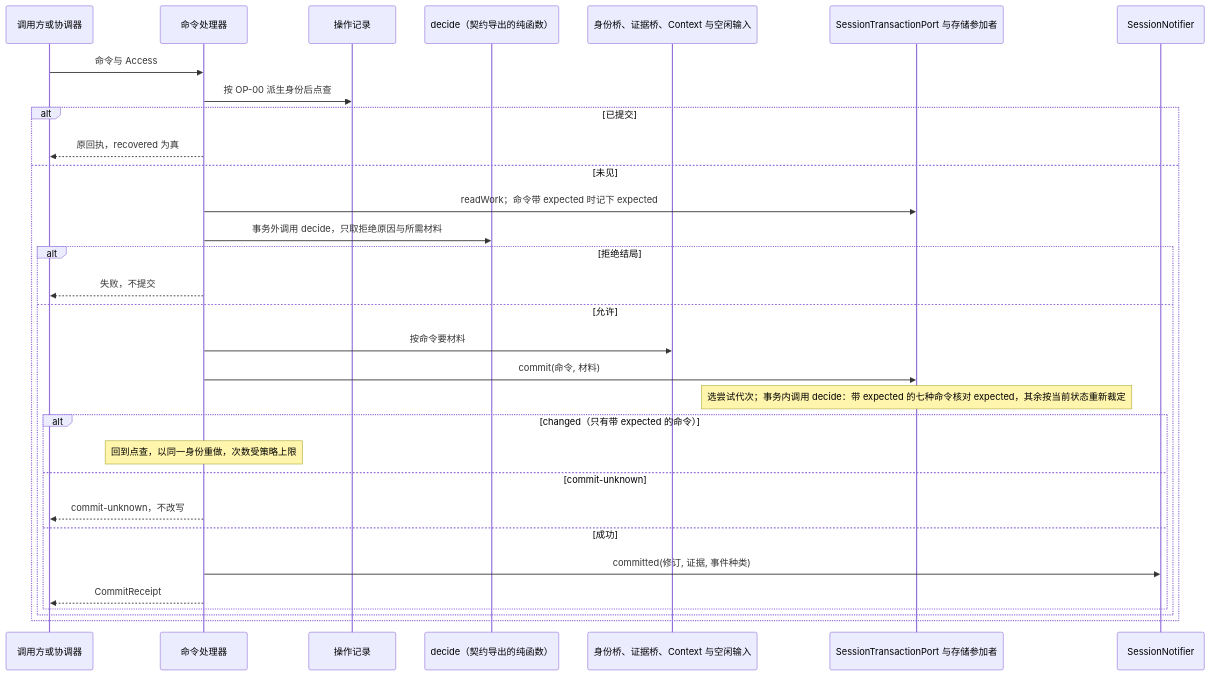
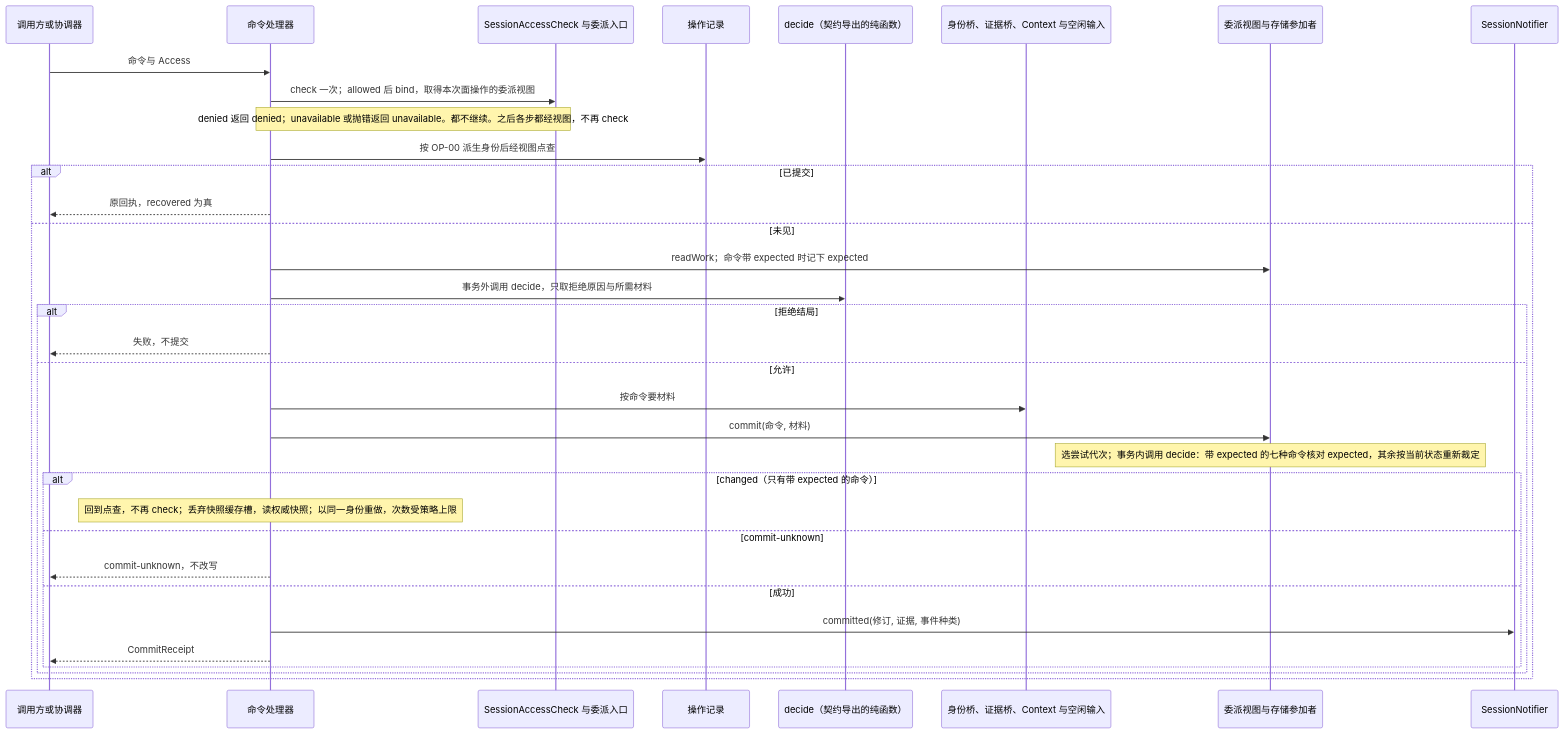
The first of 15 diagrams in packages/session/session/docs/flows.md (nemori-ai/omne-harness-lite), drawn with Mermaid before and after one commit. The commit also changed 17 other files, not shown here.

````diff
--- a/packages/session/session/docs/flows.md
+++ b/packages/session/session/docs/flows.md
@@ -13,33 +13,36 @@
 ```mermaid
 sequenceDiagram
     participant Caller as 调用方或协调器
     participant CP as 命令处理器
+    participant AC as SessionAccessCheck 与委派入口
     participant Op as 操作记录
     participant DS as decide（契约导出的纯函数）
     participant Br as 身份桥、证据桥、Context 与空闲输入
-    participant Tx as SessionTransactionPort 与存储参加者
+    participant Tx as 委派视图与存储参加者
     participant N as SessionNotifier
     Caller->>CP: 命令与 Access
-    CP->>Op: 按 OP-00 派生身份后点查
+    CP->>AC: check 一次；allowed 后 bind，取得本次面操作的委派视图
+    Note over CP,AC: denied 返回 denied；unavailable 或抛错返回 unavailable。都不继续。之后各步都经视图，不再 check
+    CP->>Op: 按 OP-00 派生身份后经视图点查
     alt 已提交
         CP-->>Caller: 原回执，recovered 为真
     else 未见
         CP->>Tx: readWork；命令带 expected 时记下 expected
         CP->>DS: 事务外调用 decide，只取拒绝原因与所需材料
         alt 拒绝结局
             CP-->>Caller: 失败，不提交
         else 允许
             CP->>Br: 按命令要材料
             CP->>Tx: commit(命令, 材料)
             Note over Tx: 选尝试代次；事务内调用 decide：带 expected 的七种命令核对 expected，其余按当前状态重新裁定
             alt changed（只有带 expected 的命令）
-                Note over CP: 回到点查，以同一身份重做，次数受策略上限
+                Note over CP: 回到点查，不再 check；丢弃快照缓存槽，读权威快照；以同一身份重做，次数受策略上限
             else commit-unknown
                 CP-->>Caller: commit-unknown，不改写
             else 成功
                 CP->>N: committed(修订, 证据, 事件种类)
                 CP-->>Caller: CommitReceipt
             end
         end
     end
 ```
````
